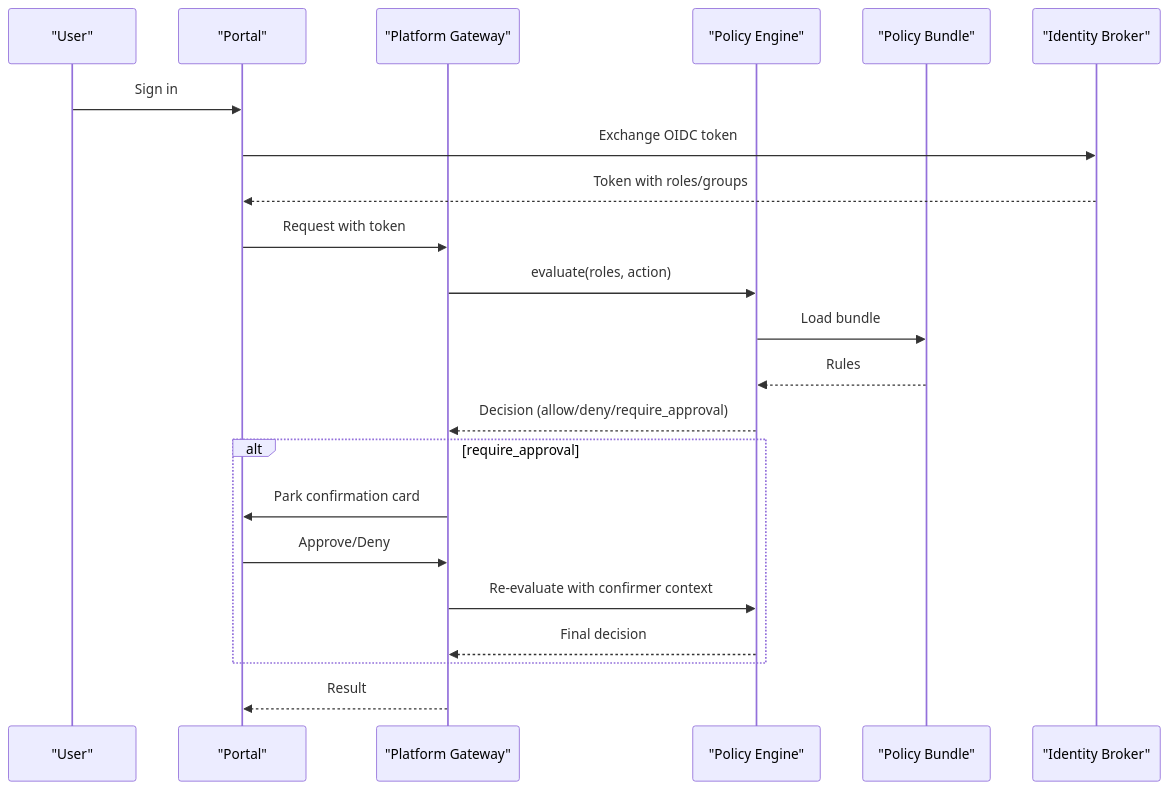
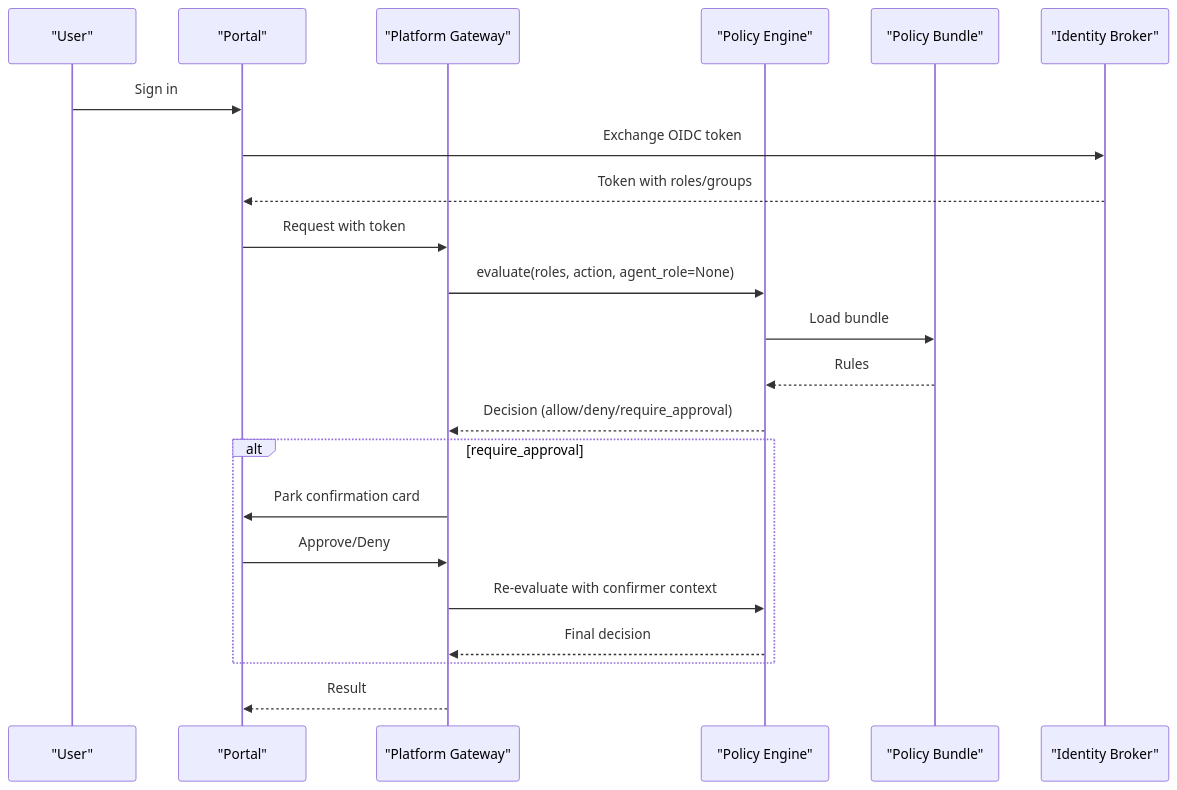
Before and after one commit to metasync/luban-aiops: the second of 5 diagrams in .qoder/repowiki/en/content/Security and Authorization/Authorization Policies/Authorization Matrix.md, drawn with Mermaid. The commit also changed other lines of this file and 128 other files, not shown here.

````diff
--- a/.qoder/repowiki/en/content/Security and Authorization/Authorization Policies/Authorization Matrix.md
+++ b/.qoder/repowiki/en/content/Security and Authorization/Authorization Policies/Authorization Matrix.md
@@ -96,24 +98,24 @@
 ```mermaid
 sequenceDiagram
 participant U as "User"
 participant P as "Portal"
 participant G as "Platform Gateway"
 participant E as "Policy Engine"
 participant B as "Policy Bundle"
 participant I as "Identity Broker"
 U->>P : Sign in
 P->>I : Exchange OIDC token
 I-->>P : Token with roles/groups
 P->>G : Request with token
-G->>E : evaluate(roles, action)
+G->>E : evaluate(roles, action, agent_role=None)
 E->>B : Load bundle
 B-->>E : Rules
 E-->>G : Decision (allow/deny/require_approval)
 alt require_approval
 G->>P : Park confirmation card
 P->>G : Approve/Deny
 G->>E : Re-evaluate with confirmer context
 E-->>G : Final decision
 end
 G-->>P : Result
 ```
````
